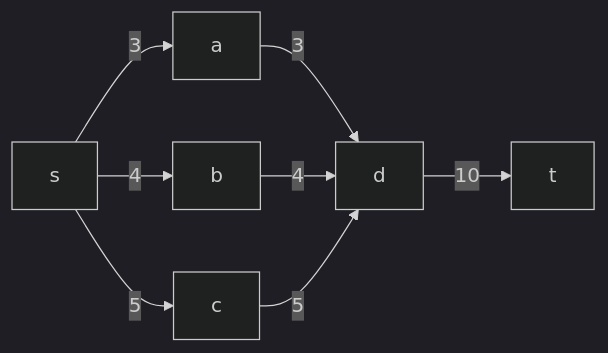
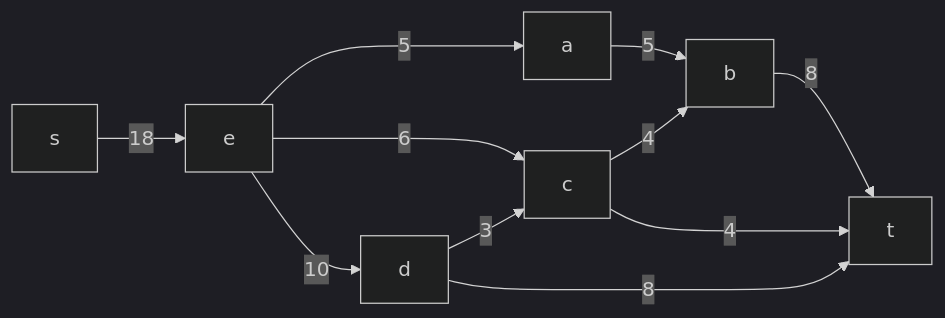
The first of 13 diagrams in task-10/pustobek.md (hse-algo-24-raven/manual-tasks-raven), drawn with Mermaid (dark theme) before and after one commit.

````diff
--- a/task-10/pustobek.md
+++ b/task-10/pustobek.md
@@ -12,10 +12,13 @@
 ```mermaid
 graph LR
-    s-->|3|a
-    s-->|4|b
-    s-->|5|c
-    a-->|3|d
-    b-->|4|d
-    c-->|5|d
-    d-->|10|t
+    s-->|18|e
+    e-->|5|a
+    e-->|6|c
+    e-->|10|d
+    a-->|5|b
+    c-->|4|b
+    d-->|3|c
+    b-->|8|t
+    c-->|4|t
+    d-->|8|t
 ```
````
